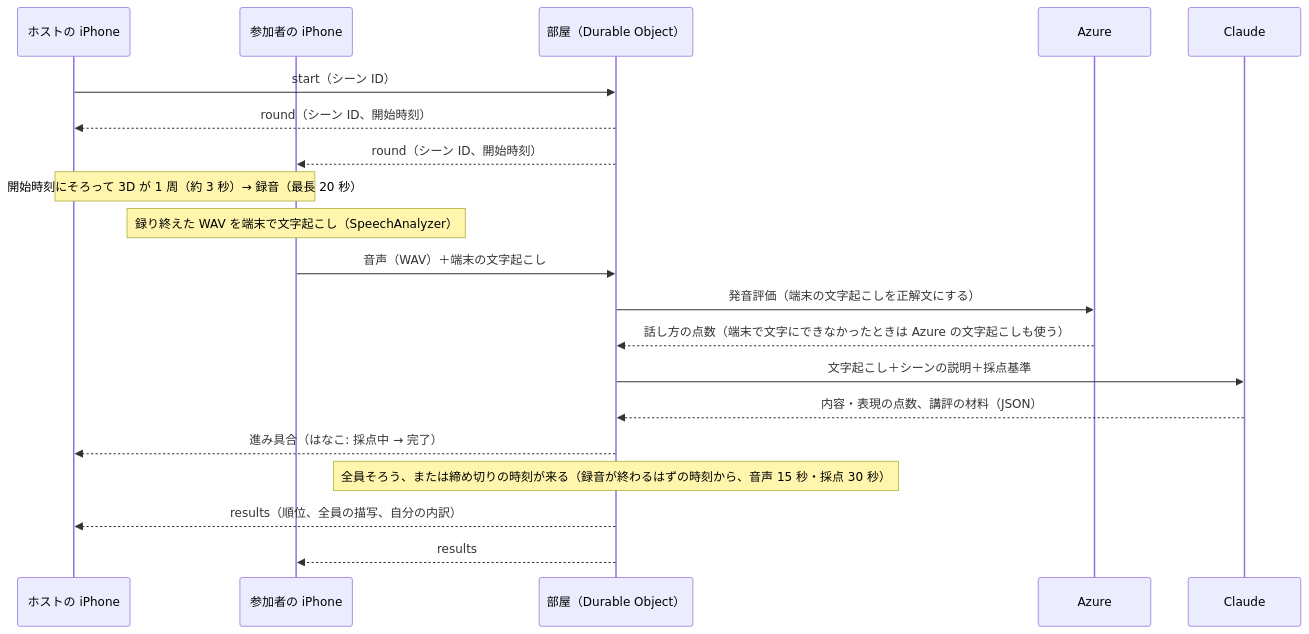
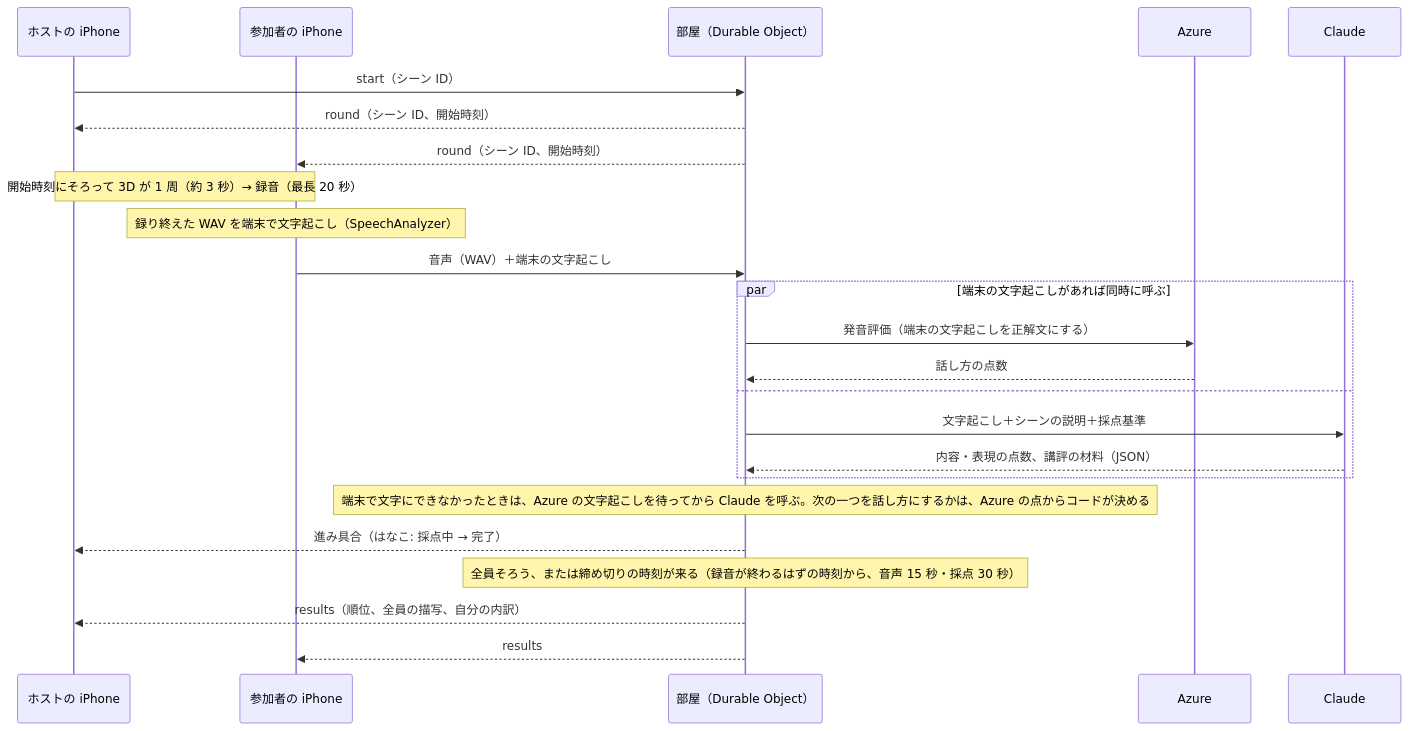
Before and after one commit to jphacks/ng_2622: the second of 2 diagrams in docs/design/architecture.md, drawn with Mermaid. The commit also changed other lines of this file and 1 other file, not shown here.

Commit message:
docs(scoring): Azure と Claude を同時に呼ぶ採点の流れと経緯を書く
architecture.md のシーケンス図を同時に呼ぶ形にし、usecase.md に
次の一つの決め方の変更（話し方はコードが決める）と staging の実測を足す。

````diff
--- a/docs/design/architecture.md
+++ b/docs/design/architecture.md
@@ -35,22 +35,26 @@
 ```mermaid
 sequenceDiagram
   participant H as ホストの iPhone
   participant P as 参加者の iPhone
   participant R as 部屋（Durable Object）
   participant Az as Azure
   participant Cl as Claude
   H->>R: start（シーン ID）
   R-->>H: round（シーン ID、開始時刻）
   R-->>P: round（シーン ID、開始時刻）
   Note over H,P: 開始時刻にそろって 3D が 1 周（約 3 秒）→ 録音（最長 20 秒）
   Note over P: 録り終えた WAV を端末で文字起こし（SpeechAnalyzer）
   P->>R: 音声（WAV）＋端末の文字起こし
-  R->>Az: 発音評価（端末の文字起こしを正解文にする）
-  Az-->>R: 話し方の点数（端末で文字にできなかったときは Azure の文字起こしも使う）
-  R->>Cl: 文字起こし＋シーンの説明＋採点基準
-  Cl-->>R: 内容・表現の点数、講評の材料（JSON）
+  par 端末の文字起こしがあれば同時に呼ぶ
+    R->>Az: 発音評価（端末の文字起こしを正解文にする）
+    Az-->>R: 話し方の点数
+  and
+    R->>Cl: 文字起こし＋シーンの説明＋採点基準
+    Cl-->>R: 内容・表現の点数、講評の材料（JSON）
+  end
+  Note over R: 端末で文字にできなかったときは、Azure の文字起こしを待ってから Claude を呼ぶ。次の一つを話し方にするかは、Azure の点からコードが決める
   R-->>H: 進み具合（はなこ: 採点中 → 完了）
   Note over R: 全員そろう、または締め切りの時刻が来る（録音が終わるはずの時刻から、音声 15 秒・採点 30 秒）
   R-->>H: results（順位、全員の描写、自分の内訳）
   R-->>P: results
 ```
````
